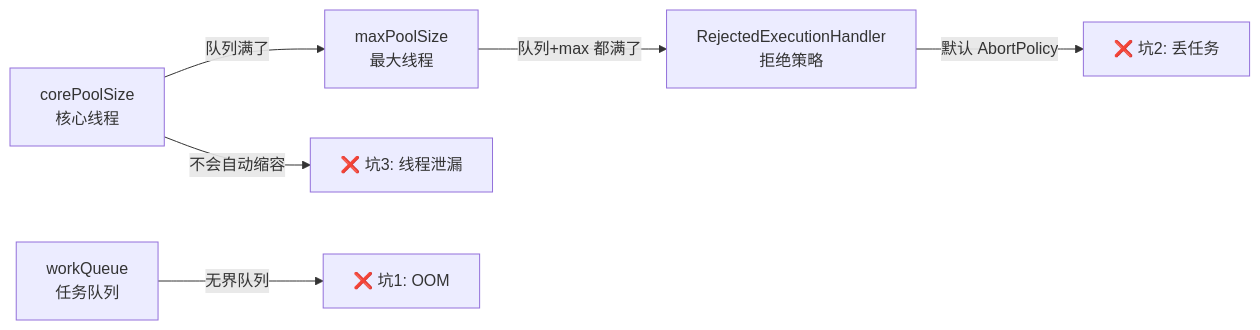
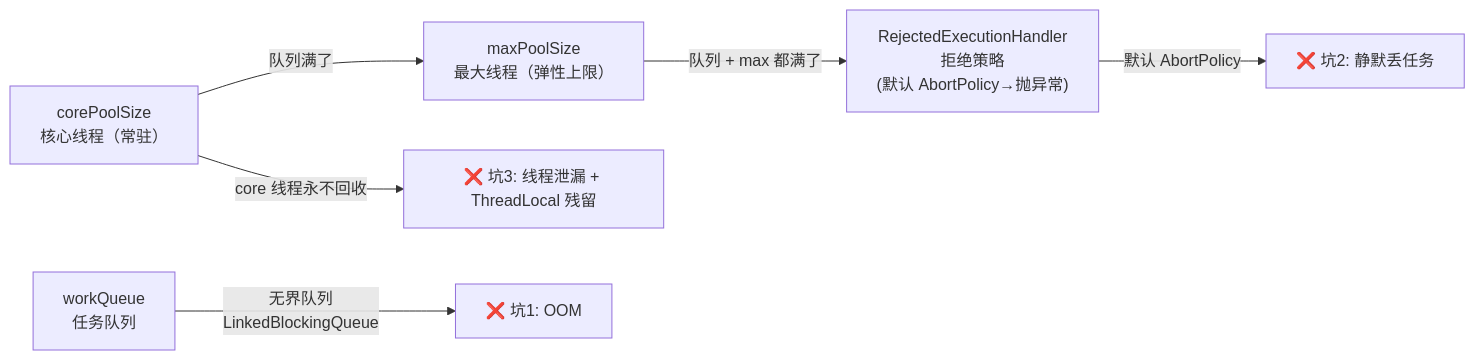
One commit to guozy502/my-tech-blog changed the diagram in content/posts/并发编程/线程池的坑与正确实践——8年踩坑总结.md. Above: the diagram before and after it, drawn with Mermaid. The commit also changed other lines of this file and 52 other files, not shown here.

````diff
--- a/content/posts/并发编程/线程池的坑与正确实践——8年踩坑总结.md
+++ b/content/posts/并发编程/线程池的坑与正确实践——8年踩坑总结.md
@@ -9,9 +17,9 @@
 ```mermaid
 flowchart LR
-    CP["corePoolSize\n核心线程"] -->|"队列满了"| MP["maxPoolSize\n最大线程"]
-    MP -->|"队列+max 都满了"| RP["RejectedExecutionHandler\n拒绝策略"]
+    CP["corePoolSize\n核心线程（常驻）"] -->|"队列满了"| MP["maxPoolSize\n最大线程（弹性上限）"]
+    MP -->|"队列 + max 都满了"| RP["RejectedExecutionHandler\n拒绝策略\n(默认 AbortPolicy→抛异常)"]
     
-    Q["workQueue\n任务队列"] -->|"无界队列"| BUG1["❌ 坑1: OOM"]
-    RP -->|"默认 AbortPolicy"| BUG2["❌ 坑2: 丢任务"]
-    CP -->|"不会自动缩容"| BUG3["❌ 坑3: 线程泄漏"]
+    Q["workQueue\n任务队列"] -->|"无界队列\nLinkedBlockingQueue"| BUG1["❌ 坑1: OOM"]
+    RP -->|"默认 AbortPolicy"| BUG2["❌ 坑2: 静默丢任务"]
+    CP -->|"core 线程永不回收"| BUG3["❌ 坑3: 线程泄漏 + ThreadLocal 残留"]
 ```
````
